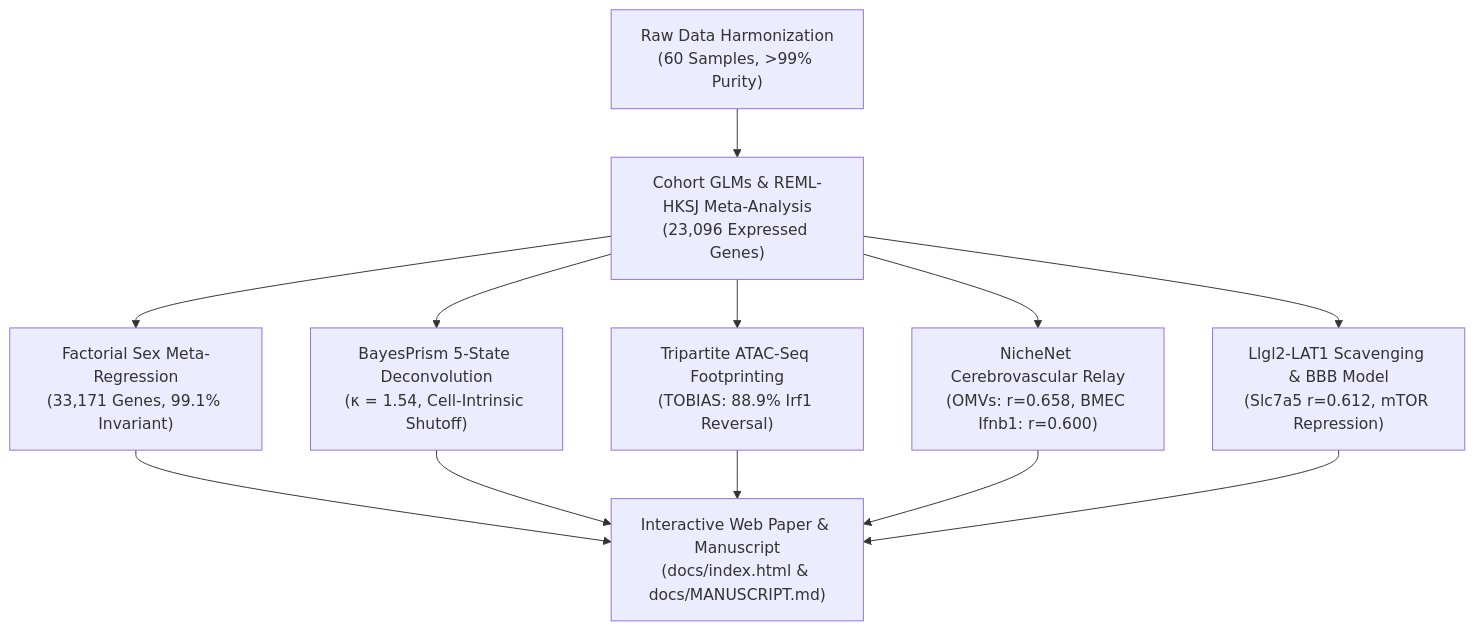
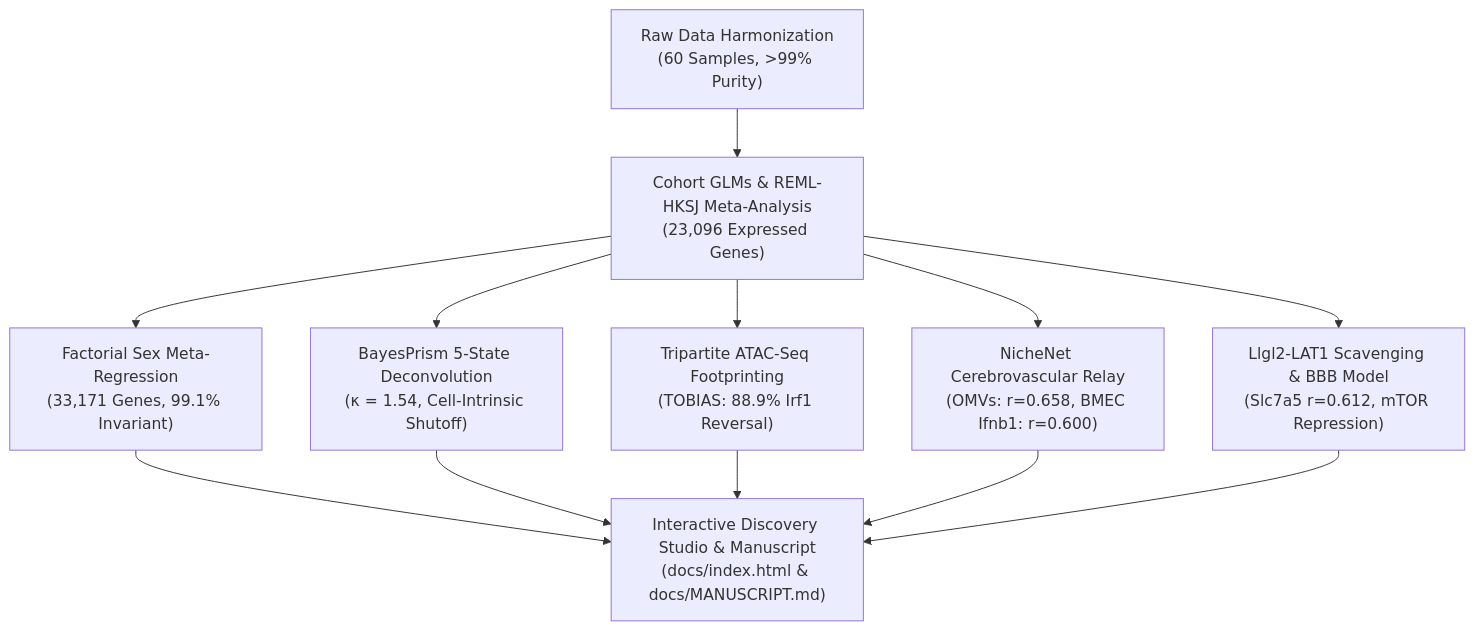
The diagram in README.md (SamSilmarilData/NeuroGut-MetaSeq), drawn with Mermaid before and after one commit. The commit also changed other lines of this file and 9 other files, not shown here.

Commit message:
feat: release v1.2.1 final academic polish and unified discovery studio

````diff
--- a/README.md
+++ b/README.md
@@ -39,10 +39,10 @@
 ```mermaid
 flowchart TD
     A["Raw Data Harmonization<br/>(60 Samples, >99% Purity)"] --> B["Cohort GLMs & REML-HKSJ Meta-Analysis<br/>(23,096 Expressed Genes)"]
     B --> C["Factorial Sex Meta-Regression<br/>(33,171 Genes, 99.1% Invariant)"]
     B --> D["BayesPrism 5-State Deconvolution<br/>(κ = 1.54, Cell-Intrinsic Shutoff)"]
     B --> E["Tripartite ATAC-Seq Footprinting<br/>(TOBIAS: 88.9% Irf1 Reversal)"]
     B --> F["NicheNet Cerebrovascular Relay<br/>(OMVs: r=0.658, BMEC Ifnb1: r=0.600)"]
     B --> G["Llgl2-LAT1 Scavenging & BBB Model<br/>(Slc7a5 r=0.612, mTOR Repression)"]
-    C & D & E & F & G --> H["Interactive Web Paper & Manuscript<br/>(docs/index.html & docs/MANUSCRIPT.md)"]
+    C & D & E & F & G --> H["Interactive Discovery Studio & Manuscript<br/>(docs/index.html & docs/MANUSCRIPT.md)"]
 ```
````
